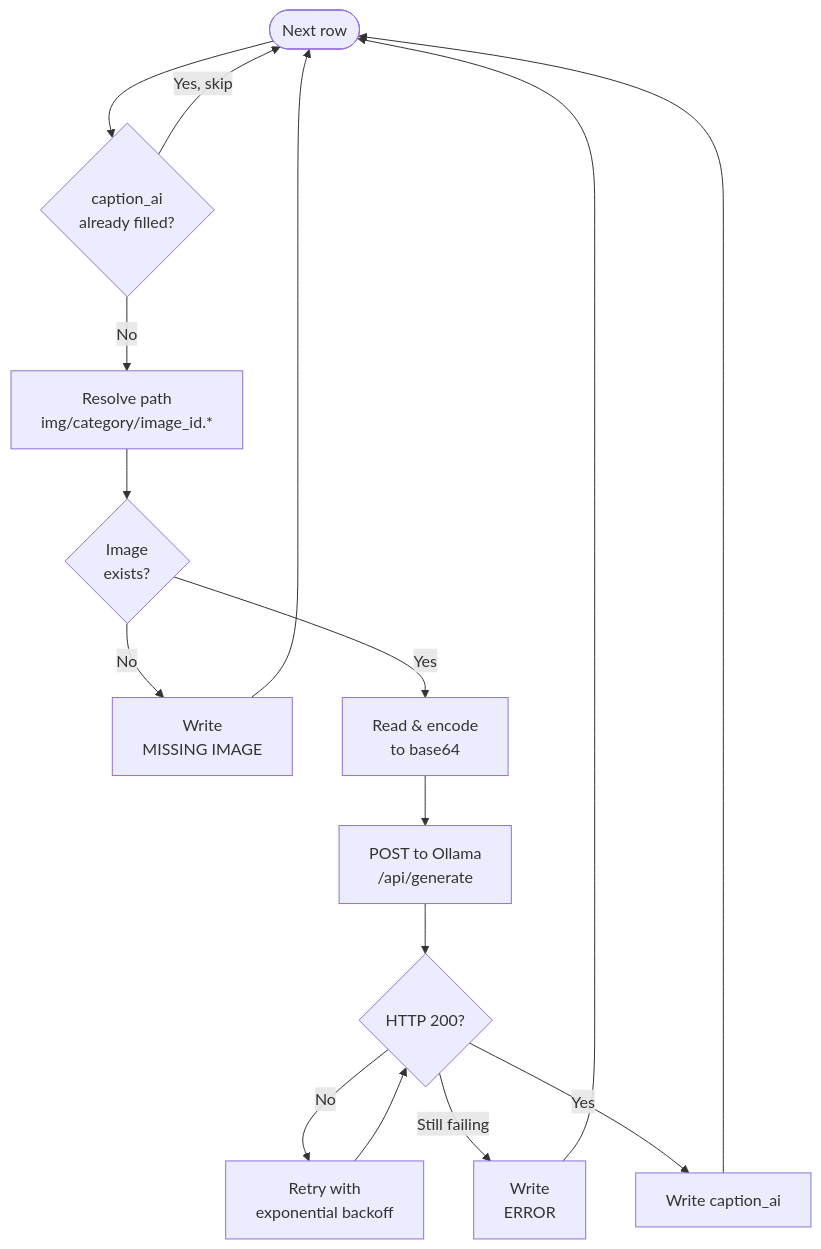
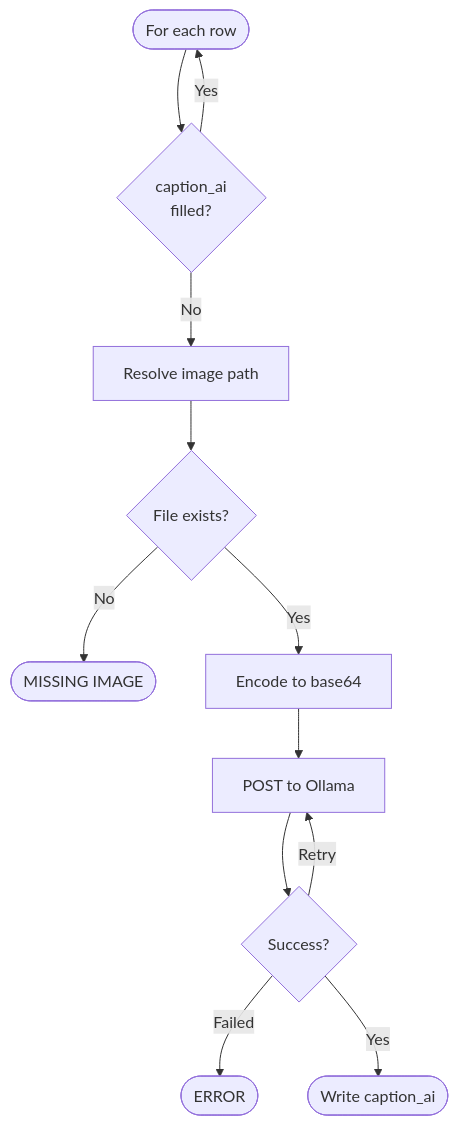
Before and after one commit to ohamed/image-captioning: the second of 3 diagrams in readme.md, drawn with Mermaid. The commit also changed other lines of this file, not shown here.

````diff
--- a/readme.md
+++ b/readme.md
@@ -29,15 +35,14 @@
 ```mermaid
 flowchart TD
-    A([Next row]) --> B{caption_ai\nalready filled?}
-    B -- Yes, skip --> A
-    B -- No --> C[Resolve path\nimg/category/image_id.*]
-    C --> D{Image\nexists?}
-    D -- No --> E[Write\nMISSING IMAGE] --> A
-    D -- Yes --> F[Read & encode\nto base64]
-    F --> G[POST to Ollama\n/api/generate]
-    G --> H{HTTP 200?}
-    H -- No --> I[Retry with\nexponential backoff]
-    I --> H
-    H -- Still failing --> J[Write\nERROR] --> A
-    H -- Yes --> K[Write caption_ai] --> A
+    A([For each row]) --> B{caption_ai\nfilled?}
+    B -- Yes --> A
+    B -- No --> C[Resolve image path]
+    C --> D{File exists?}
+    D -- No --> E([MISSING IMAGE]) 
+    D -- Yes --> F[Encode to base64]
+    F --> G[POST to Ollama]
+    G --> H{Success?}
+    H -- Retry --> G
+    H -- Failed --> I([ERROR])
+    H -- Yes --> J([Write caption_ai])
 ```
````
